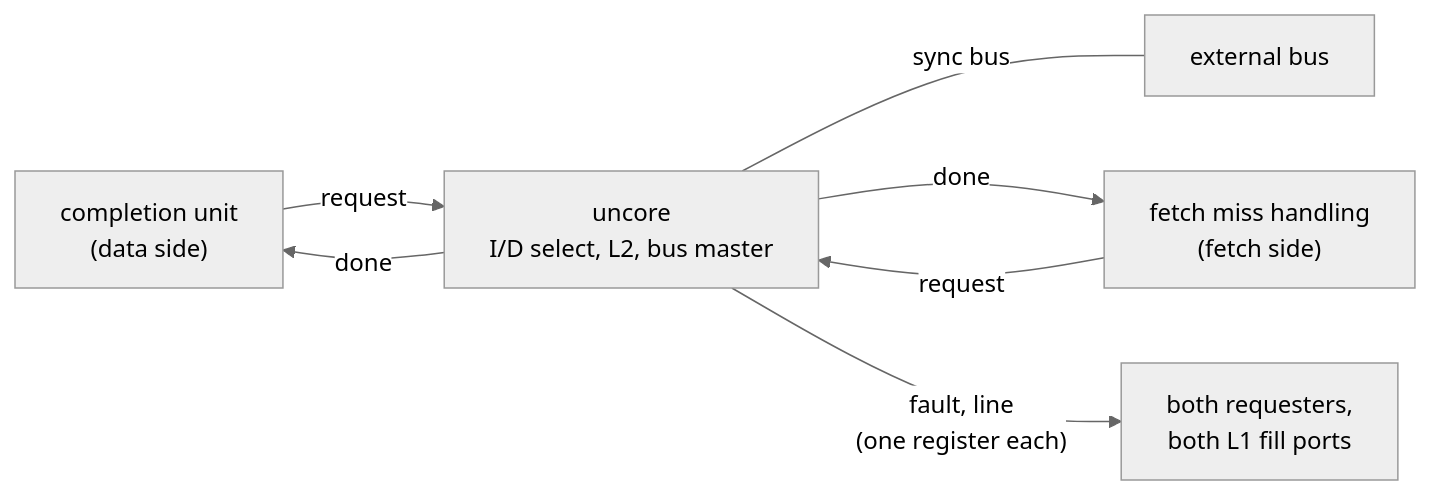
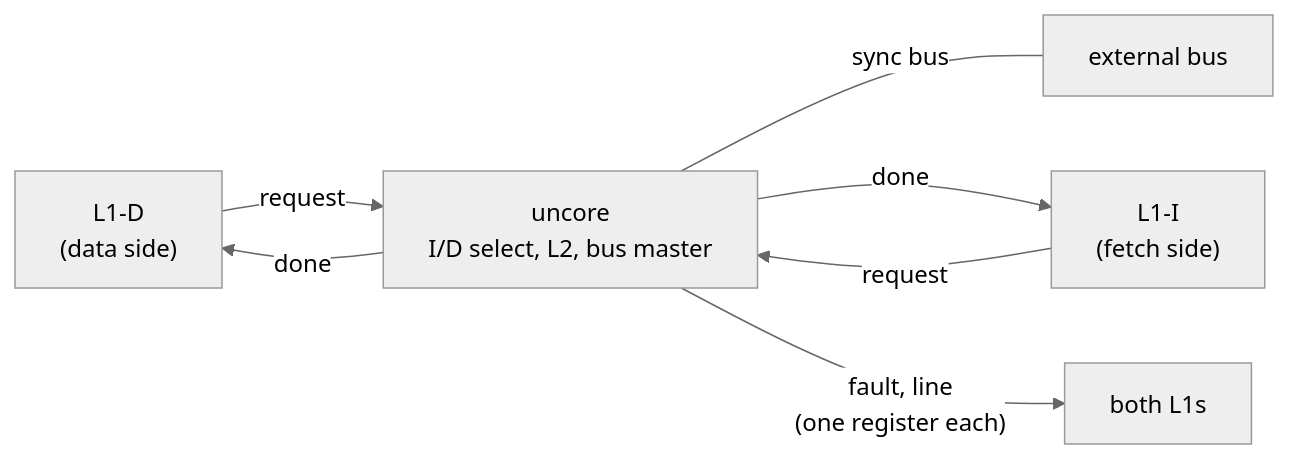
The diagram in doc/internals/penumbra3/uncore-port.md (lonemeow/penumbra-minicomputer), drawn with Mermaid (neutral theme) before and after one commit. The commit also changed other lines of this file and 6 other files, not shown here.

First line of the commit message:
doc: make each gen3 L1 its side's requester

````diff
--- a/doc/internals/penumbra3/uncore-port.md
+++ b/doc/internals/penumbra3/uncore-port.md
@@ -32,9 +32,9 @@
 ```mermaid
 graph LR
-    CU["completion unit<br/>(data side)"] -->|request| UC
-    FM["fetch miss handling<br/>(fetch side)"] -->|request| UC
+    DL1["L1-D<br/>(data side)"] -->|request| UC
+    IL1["L1-I<br/>(fetch side)"] -->|request| UC
     UC["uncore<br/>I/D select, L2, bus master"] ---|sync bus| BUS["external bus"]
-    UC -->|"done"| CU
-    UC -->|"done"| FM
-    UC -->|"fault, line<br/>(one register each)"| BOTH["both requesters,<br/>both L1 fill ports"]
+    UC -->|"done"| DL1
+    UC -->|"done"| IL1
+    UC -->|"fault, line<br/>(one register each)"| BOTH["both L1s"]
 ```
````
